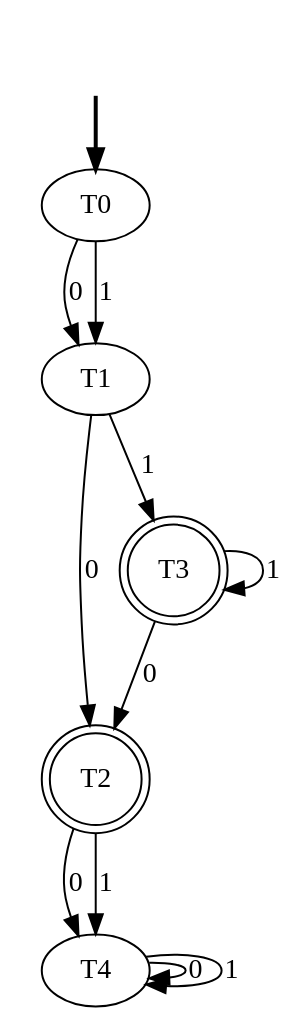
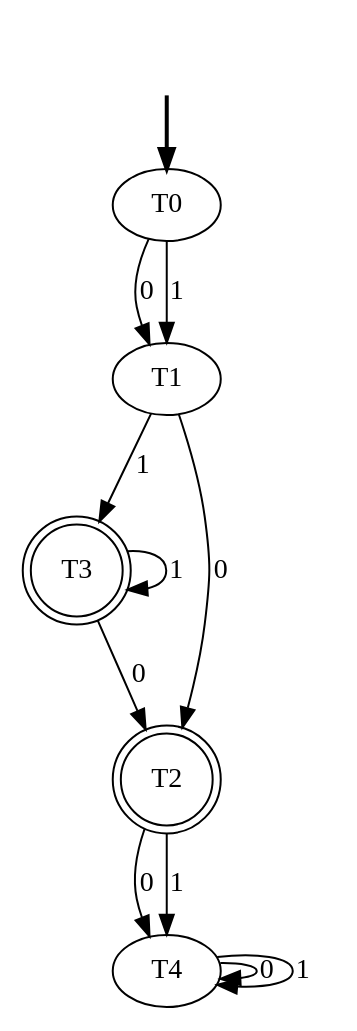
The diagram in Lexer/output/(0;1)1^(0;1)/(0;1)1^(0;1)_dfa_2.dot (LuisDiego19FV/Proyecto_Compiladores), drawn with Graphviz before and after one commit. The commit also changed other lines of this file and 113 other files, not shown here.

```diff
--- a/Lexer/output/(0;1)1^(0;1)/(0;1)1^(0;1)_dfa_2.dot
+++ b/Lexer/output/(0;1)1^(0;1)/(0;1)1^(0;1)_dfa_2.dot
@@ -1,19 +1,19 @@
 digraph {
 	fake0 [style=invisible]
+	T3 [shape=doublecircle]
+	T4
+	T1
+	T0 [root=true]
 	T2 [shape=doublecircle]
-	T0 [root=true]
-	T3 [shape=doublecircle]
-	T1
-	T4
 	fake0 -> T0 [style=bold]
 	T0 -> T1 [label=0]
 	T0 -> T1 [label=1]
 	T1 -> T2 [label=0]
 	T1 -> T3 [label=1]
 	T2 -> T4 [label=0]
 	T2 -> T4 [label=1]
 	T3 -> T2 [label=0]
 	T3 -> T3 [label=1]
 	T4 -> T4 [label=0]
 	T4 -> T4 [label=1]
 }
```
